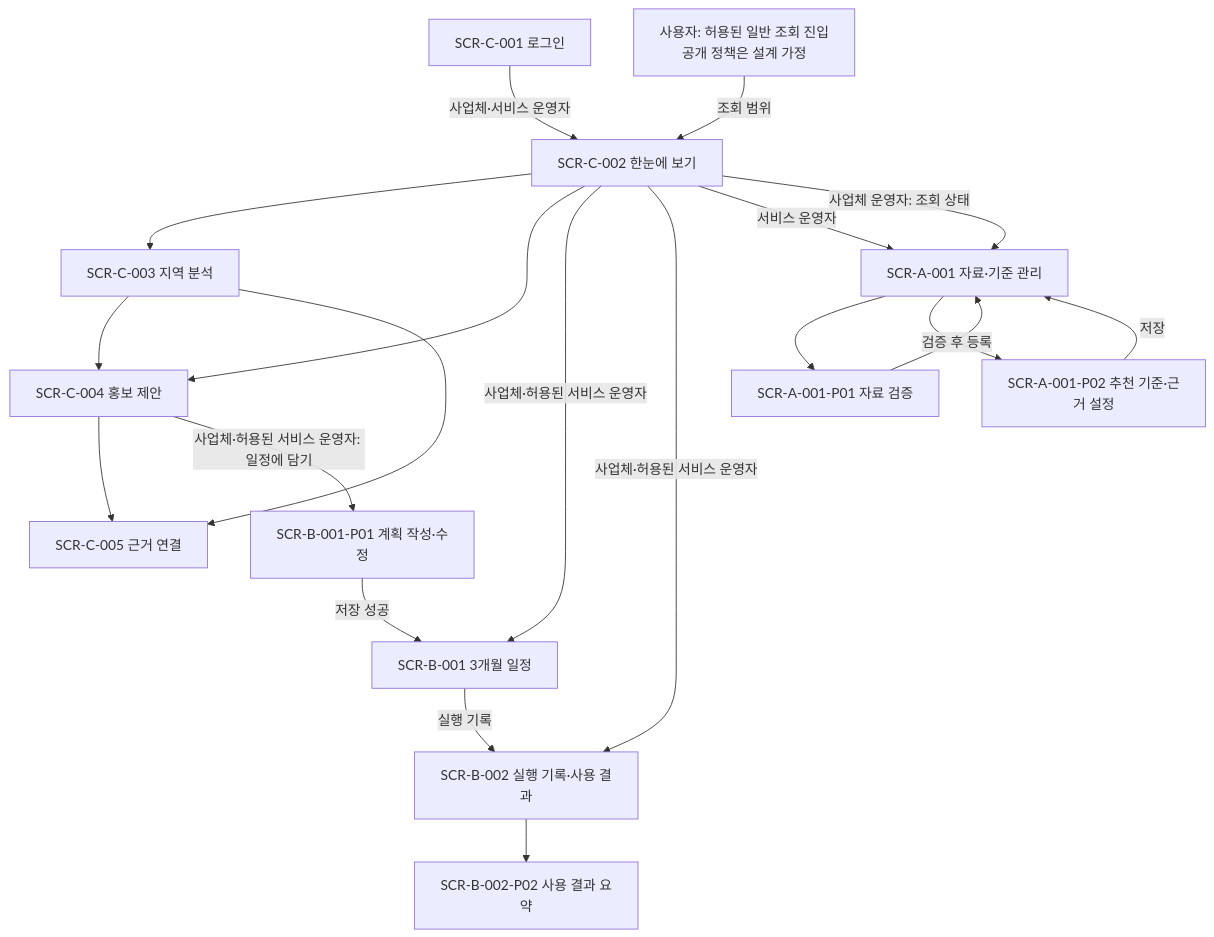
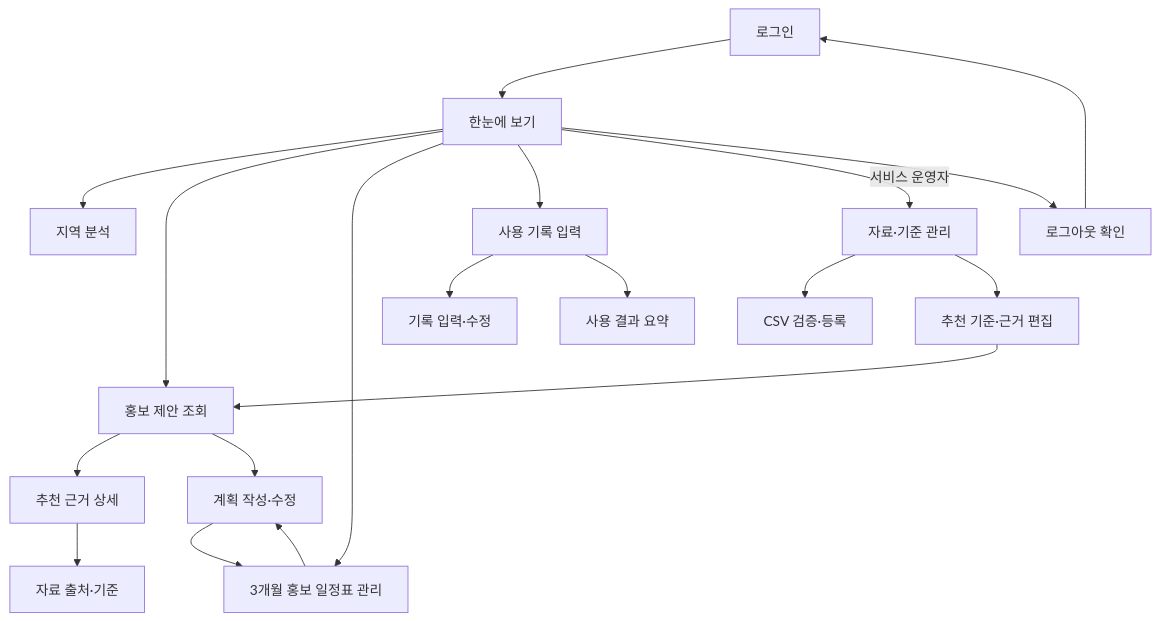
The diagram in 00_제출/Red_SCREEN.md (LSB-afk/-Information-Systems-Capstone-Design), drawn with Mermaid before and after one commit. The commit also changed other lines of this file, not shown here.

````diff
--- a/00_제출/Red_SCREEN.md
+++ b/00_제출/Red_SCREEN.md
@@ -71,22 +27,21 @@
 ```mermaid
 flowchart TD
-    L[SCR-C-001 로그인] -->|사업체·서비스 운영자| M[SCR-C-002 한눈에 보기]
-    G["사용자: 허용된 일반 조회 진입<br/>공개 정책은 설계 가정"] -->|조회 범위| M
-    M --> A[SCR-C-003 지역 분석]
-    M --> R[SCR-C-004 홍보 제안]
-    A --> R
-    A --> E[SCR-C-005 근거 연결]
-    R --> E
-    R -->|사업체·허용된 서비스 운영자: 일정에 담기| P[SCR-B-001-P01 계획 작성·수정]
-    P -->|저장 성공| C[SCR-B-001 3개월 일정]
-    M -->|사업체·허용된 서비스 운영자| C
-    C -->|실행 기록| B[SCR-B-002 실행 기록·사용 결과]
-    M -->|사업체·허용된 서비스 운영자| B
-    B --> S[SCR-B-002-P02 사용 결과 요약]
-    M -->|서비스 운영자| D[SCR-A-001 자료·기준 관리]
-    M -->|사업체 운영자: 조회 상태| D
-    D --> V[SCR-A-001-P01 자료 검증]
-    D --> K[SCR-A-001-P02 추천 기준·근거 설정]
-    V -->|검증 후 등록| D
-    K -->|저장| D
+ L[로그인] --> M[한눈에 보기]
+ M --> A[지역 분석]
+ M --> R[홍보 제안 조회]
+ M --> C[3개월 홍보 일정표 관리]
+ M --> H[사용 기록 입력]
+ M -->|서비스 운영자| D[자료·기준 관리]
+ R --> E[추천 근거 상세]
+ E --> S[자료 출처·기준]
+ R --> P[계획 작성·수정]
+ C --> P
+ P --> C
+ H --> F[기록 입력·수정]
+ H --> V[사용 결과 요약]
+ D --> X[CSV 검증·등록]
+ D --> K[추천 기준·근거 편집]
+ K --> R
+ M --> O[로그아웃 확인]
+ O --> L
 ```
````
